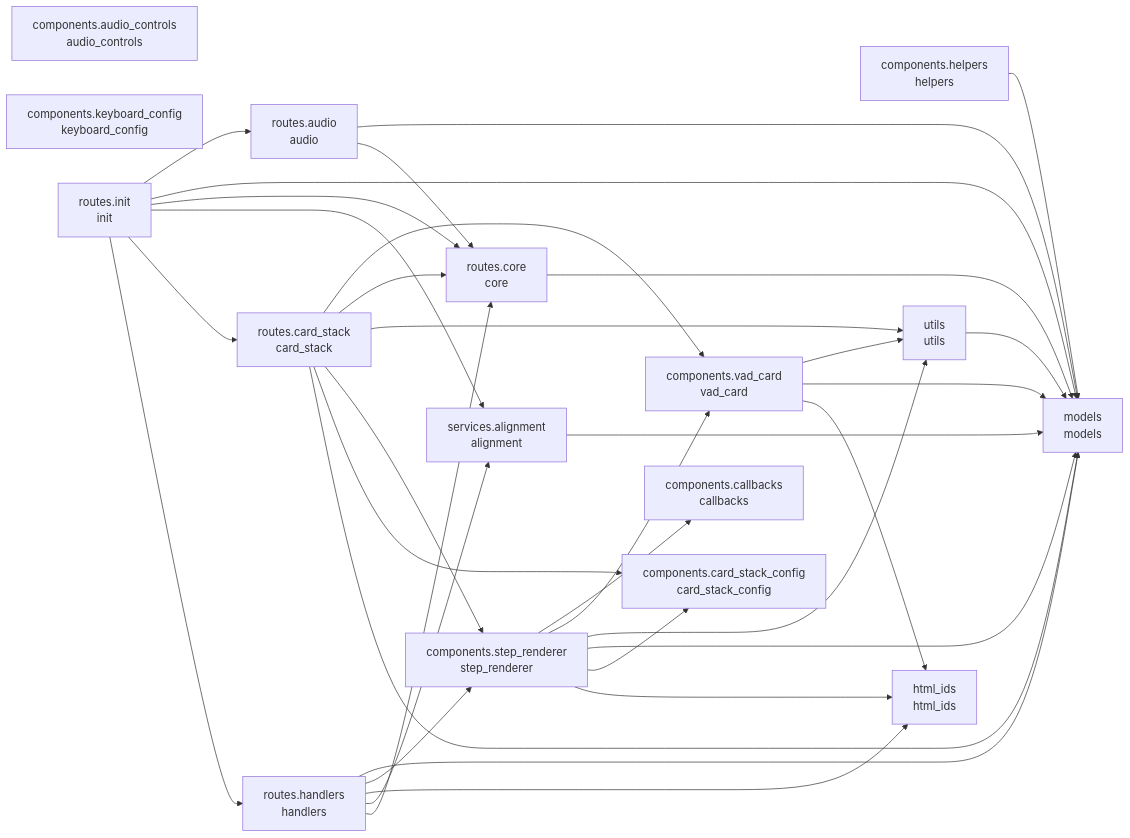
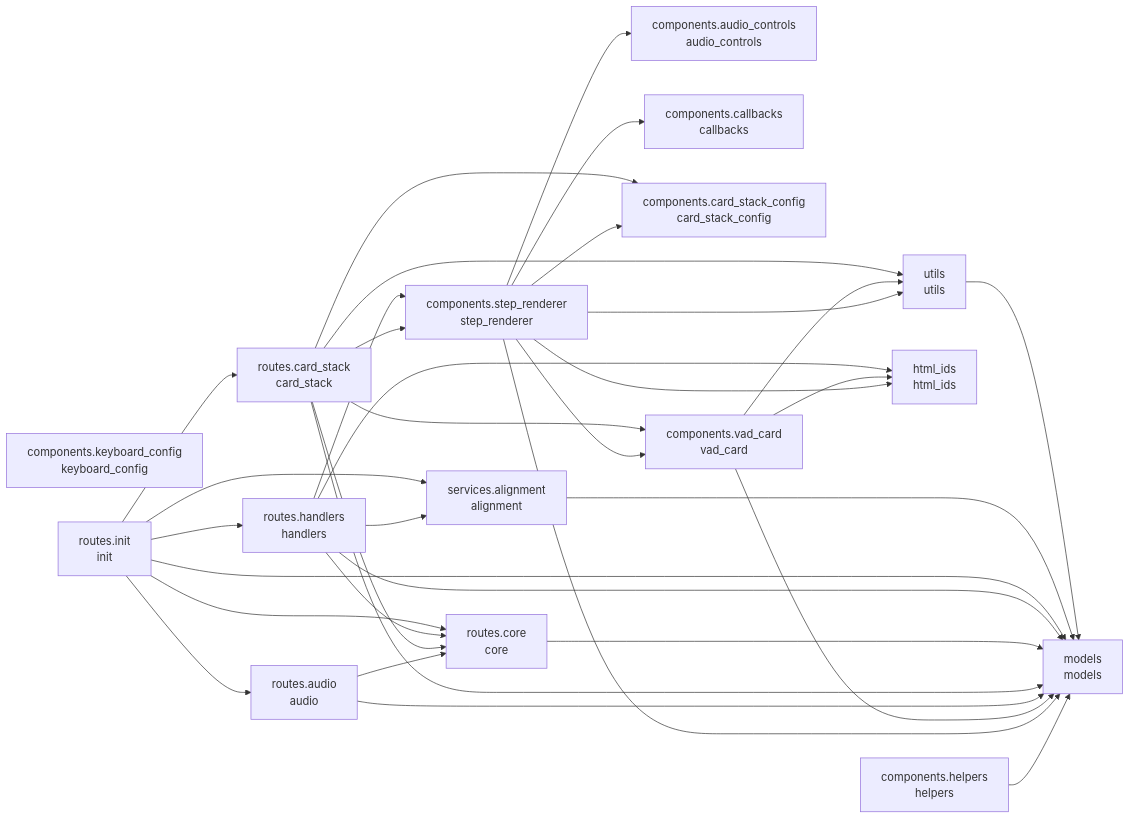
Before and after one commit to cj-mills/cjm-transcript-vad-align: the diagram in README.md, drawn with Mermaid. The commit also changed other lines of this file and 4 other files, not shown here.

````diff
--- a/README.md
+++ b/README.md
@@ -39,52 +39,53 @@
 ``` mermaid
 graph LR
     components_audio_controls[components.audio_controls<br/>audio_controls]
     components_callbacks[components.callbacks<br/>callbacks]
     components_card_stack_config[components.card_stack_config<br/>card_stack_config]
     components_helpers[components.helpers<br/>helpers]
     components_keyboard_config[components.keyboard_config<br/>keyboard_config]
     components_step_renderer[components.step_renderer<br/>step_renderer]
     components_vad_card[components.vad_card<br/>vad_card]
     html_ids[html_ids<br/>html_ids]
     models[models<br/>models]
     routes_audio[routes.audio<br/>audio]
     routes_card_stack[routes.card_stack<br/>card_stack]
     routes_core[routes.core<br/>core]
     routes_handlers[routes.handlers<br/>handlers]
     routes_init[routes.init<br/>init]
     services_alignment[services.alignment<br/>alignment]
     utils[utils<br/>utils]
 
     components_helpers --> models
+    components_step_renderer --> utils
+    components_step_renderer --> components_audio_controls
+    components_step_renderer --> html_ids
     components_step_renderer --> components_callbacks
-    components_step_renderer --> components_vad_card
-    components_step_renderer --> utils
     components_step_renderer --> models
     components_step_renderer --> components_card_stack_config
-    components_step_renderer --> html_ids
+    components_step_renderer --> components_vad_card
+    components_vad_card --> html_ids
     components_vad_card --> utils
     components_vad_card --> models
-    components_vad_card --> html_ids
     routes_audio --> models
     routes_audio --> routes_core
-    routes_card_stack --> components_vad_card
     routes_card_stack --> routes_core
     routes_card_stack --> utils
+    routes_card_stack --> components_card_stack_config
+    routes_card_stack --> components_vad_card
     routes_card_stack --> components_step_renderer
-    routes_card_stack --> components_card_stack_config
     routes_card_stack --> models
     routes_core --> models
+    routes_handlers --> html_ids
+    routes_handlers --> routes_core
     routes_handlers --> models
     routes_handlers --> components_step_renderer
-    routes_handlers --> html_ids
     routes_handlers --> services_alignment
-    routes_handlers --> routes_core
-    routes_init --> routes_audio
     routes_init --> models
     routes_init --> routes_core
     routes_init --> services_alignment
     routes_init --> routes_card_stack
     routes_init --> routes_handlers
+    routes_init --> routes_audio
     services_alignment --> models
     utils --> models
 ```
````
